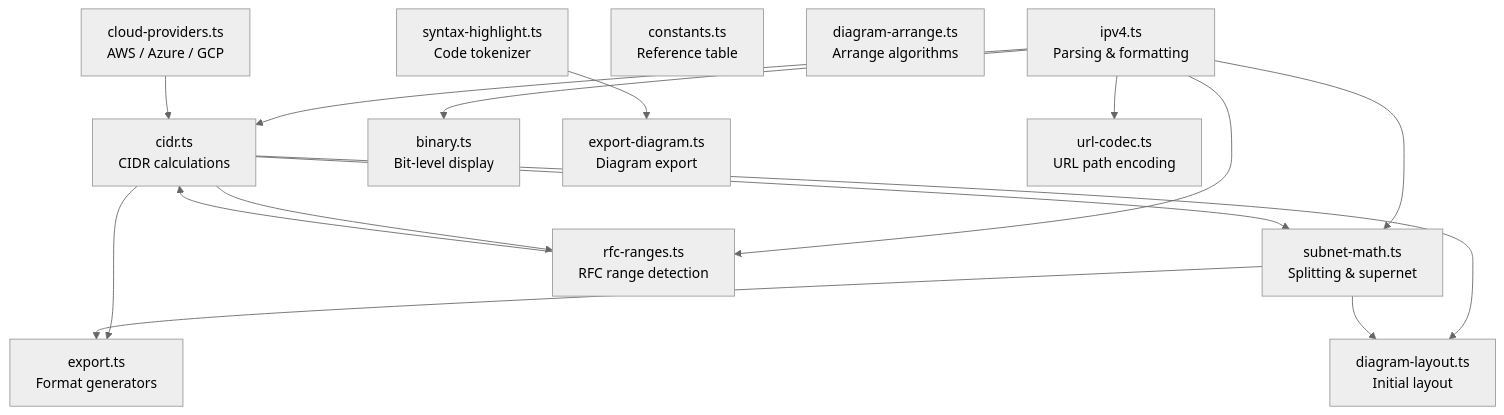
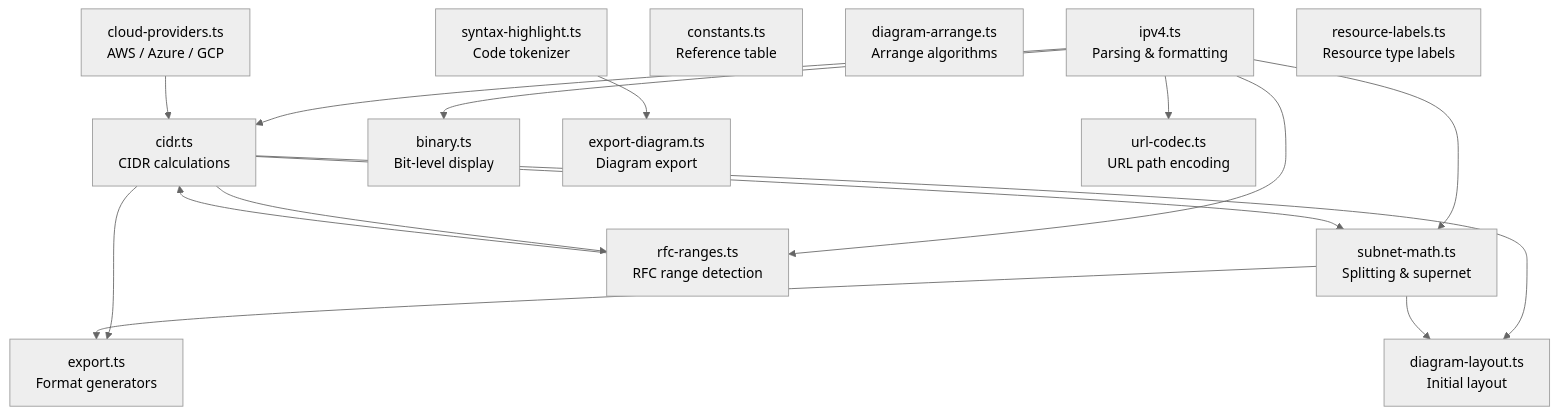
The diagram in docs/calculation-engine.md (russmckendrick/subnet), drawn with Mermaid (neutral theme) before and after one commit. The commit also changed other lines of this file and 5 other files, not shown here.

````diff
--- a/docs/calculation-engine.md
+++ b/docs/calculation-engine.md
@@ -7,31 +7,32 @@
 ```mermaid
 flowchart TD
     ipv4["ipv4.ts<br/>Parsing & formatting"]
     cidr["cidr.ts<br/>CIDR calculations"]
     subnetmath["subnet-math.ts<br/>Splitting & supernet"]
     binary["binary.ts<br/>Bit-level display"]
     cloud["cloud-providers.ts<br/>AWS / Azure / GCP"]
     rfc["rfc-ranges.ts<br/>RFC range detection"]
     constants["constants.ts<br/>Reference table"]
     exportmod["export.ts<br/>Format generators"]
     exportdiag["export-diagram.ts<br/>Diagram export"]
     urlcodec["url-codec.ts<br/>URL path encoding"]
     diaglayout["diagram-layout.ts<br/>Initial layout"]
     diagarrange["diagram-arrange.ts<br/>Arrange algorithms"]
     syntaxhl["syntax-highlight.ts<br/>Code tokenizer"]
+    reslabels["resource-labels.ts<br/>Resource type labels"]
 
     ipv4 --> cidr
     ipv4 --> subnetmath
     ipv4 --> binary
     ipv4 --> rfc
     ipv4 --> urlcodec
     cidr --> subnetmath
     cidr --> rfc
     cidr --> exportmod
     cidr --> diaglayout
     cloud --> cidr
     rfc --> cidr
     subnetmath --> exportmod
     subnetmath --> diaglayout
     syntaxhl --> exportdiag
 ```
````
